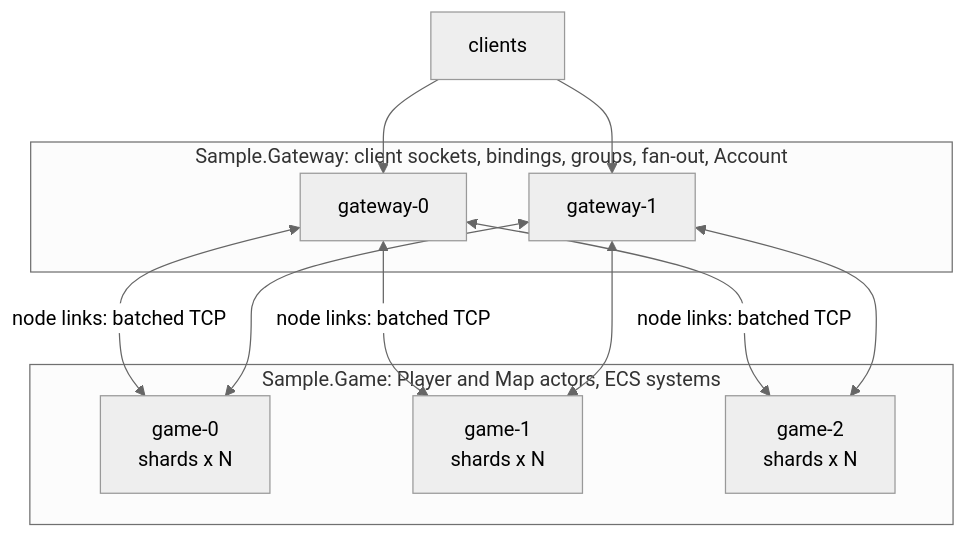
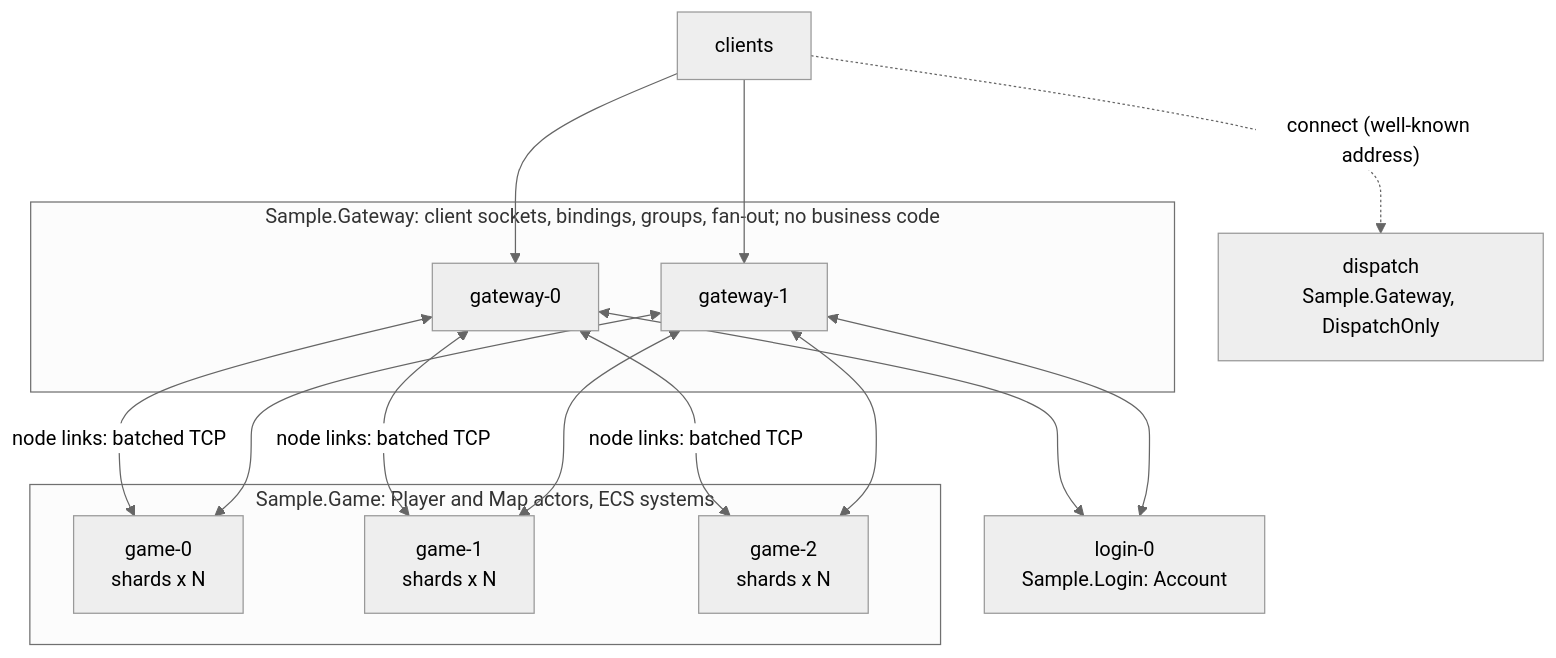
Before and after one commit to JasonXuDeveloper/DaServer: the second of 4 diagrams in doc/design.md, drawn with Mermaid (neutral theme). The commit also changed other lines of this file and 5 other files, not shown here.

````diff
--- a/doc/design.md
+++ b/doc/design.md
@@ -154,15 +152,18 @@
 ```mermaid
 flowchart TB
-    C[clients] --> G1 & G2
-    subgraph gateways [Sample.Gateway: client sockets, bindings, groups, fan-out, Account]
+    C[clients] -. "connect (well-known address)" .-> D[dispatch<br/>Sample.Gateway, DispatchOnly]
+    C --> G1 & G2
+    subgraph gateways [Sample.Gateway: client sockets, bindings, groups, fan-out; no business code]
         G1[gateway-0]
         G2[gateway-1]
     end
+    L[login-0<br/>Sample.Login: Account]
+    G1 & G2 <--> L
     subgraph game [Sample.Game: Player and Map actors, ECS systems]
         N1[game-0<br/>shards x N]
         N2[game-1<br/>shards x N]
         N3[game-2<br/>shards x N]
     end
     G1 <-->|node links: batched TCP| N1 & N2 & N3
     G2 <--> N1 & N2 & N3
 ```
````
